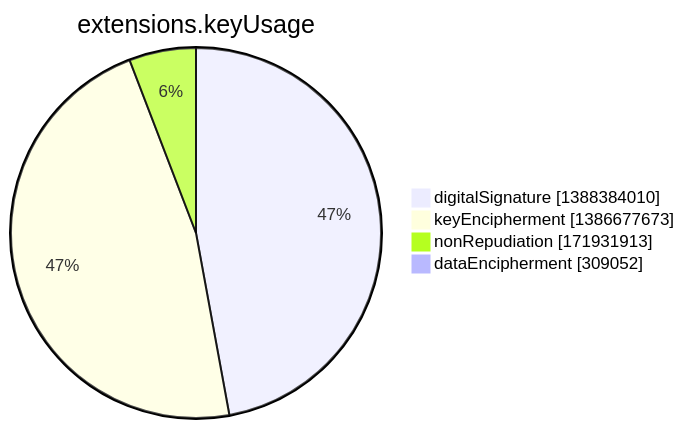
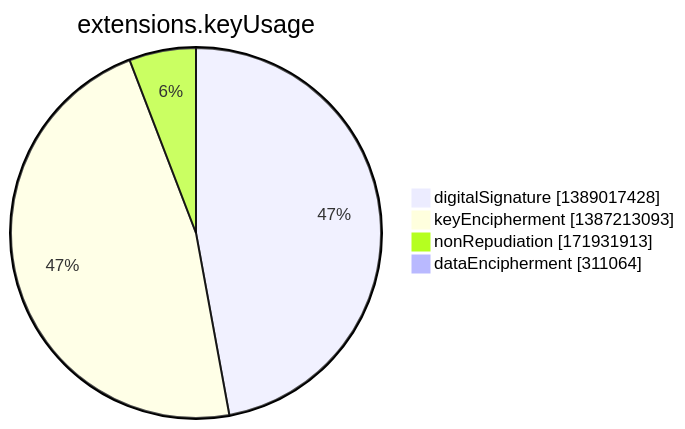
One commit to christiankrug/ctmonitor_visualization changed the seventh of 15 diagrams in argon2022/README.md. Above: the diagram before and after it, drawn with Mermaid. The commit also changed other lines of this file, not shown here.

````diff
--- a/argon2022/README.md
+++ b/argon2022/README.md
@@ -2751,8 +2751,8 @@
 ```mermaid
 pie showData
 title extensions.keyUsage
-"digitalSignature" :1388384010
-"keyEncipherment" :1386677673
+"digitalSignature" :1389017428
+"keyEncipherment" :1387213093
 "nonRepudiation" :171931913
-"dataEncipherment" :309052
+"dataEncipherment" :311064
 ```
````
